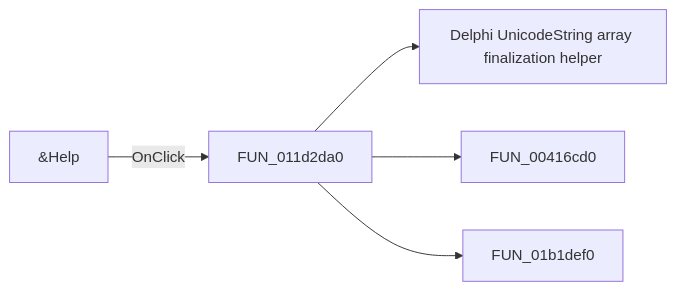
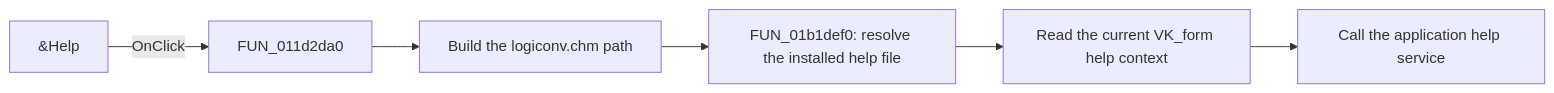
One commit to MovGP0/TIARA changed the diagram in docs/ui-controls/vk-form/btnhelp-e9dd9c9c32.md. Above: the diagram before and after it, drawn with Mermaid. The commit also changed other lines of this file and 1062 other files, not shown here.

````diff
--- a/docs/ui-controls/vk-form/btnhelp-e9dd9c9c32.md
+++ b/docs/ui-controls/vk-form/btnhelp-e9dd9c9c32.md
@@ -27,7 +29,8 @@
 ```mermaid
 flowchart LR
     control["&Help"] -->|OnClick| handler["FUN_011d2da0"]
-    handler --> call1["Delphi UnicodeString array finalization helper"]
-    handler --> call2["FUN_00416cd0"]
-    handler --> call3["FUN_01b1def0"]
+    handler --> helpPath["Build the logiconv.chm path"]
+    helpPath --> resolvePath["FUN_01b1def0: resolve the installed help file"]
+    resolvePath --> context["Read the current VK_form help context"]
+    context --> openHelp["Call the application help service"]
 ```
````
